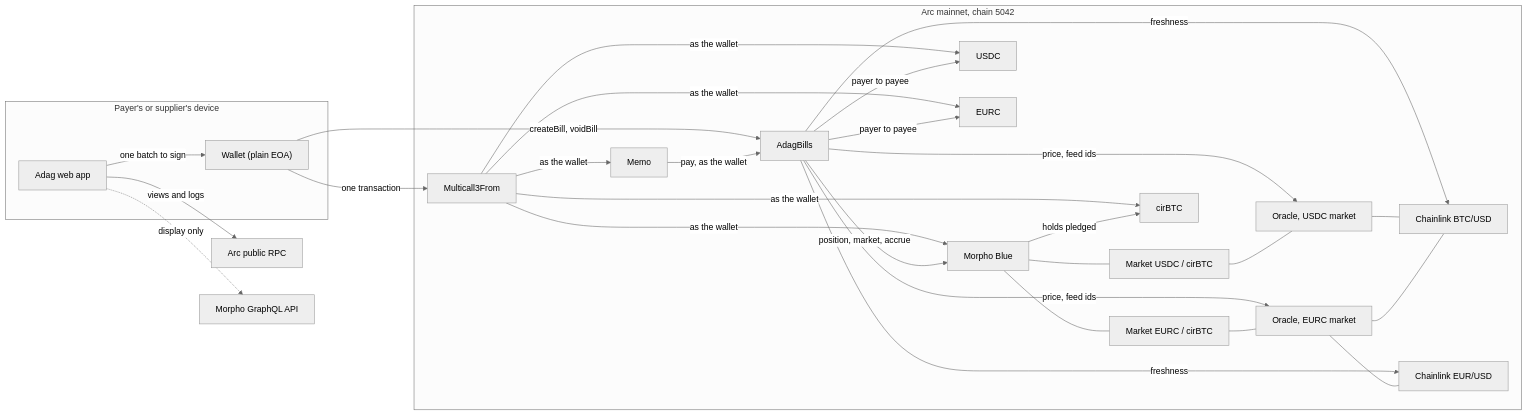
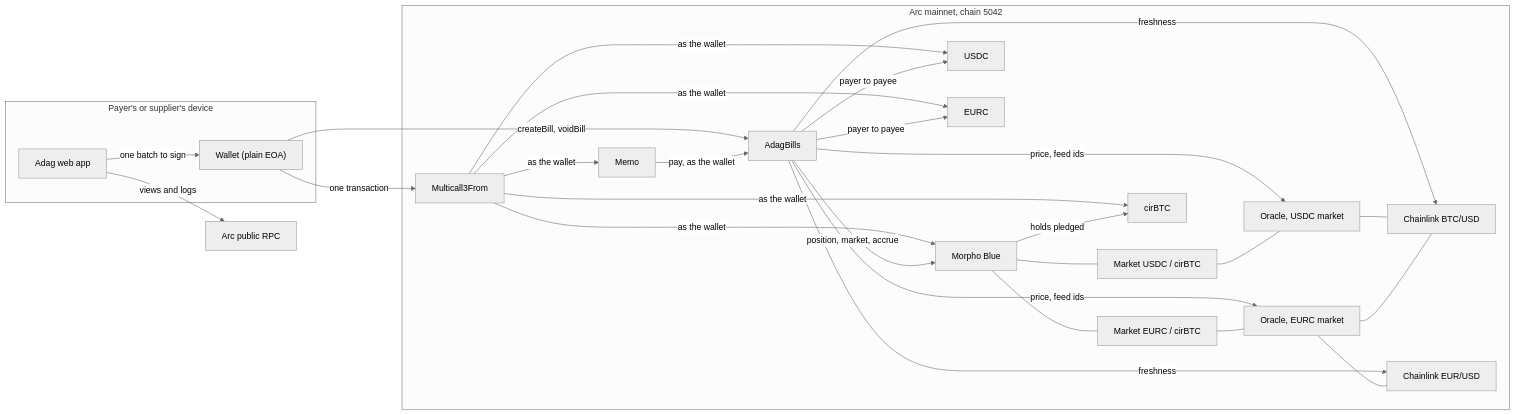
One commit to ramakrishnanhulk20/Adag changed the first of 3 diagrams in ARCHITECTURE.md. Above: the diagram before and after it, drawn with Mermaid (neutral theme). The commit also changed other lines of this file and 10 other files, not shown here.

First line of the commit message:
docs: README, licence and corrected diagrams

````diff
--- a/ARCHITECTURE.md
+++ b/ARCHITECTURE.md
@@ -13,50 +13,48 @@
 ```mermaid
 flowchart LR
   subgraph Client["Payer's or supplier's device"]
     App["Adag web app"]
     Wallet["Wallet (plain EOA)"]
   end
   RPC["Arc public RPC"]
-  API["Morpho GraphQL API"]
   subgraph Arc["Arc mainnet, chain 5042"]
     M3F["Multicall3From"]
     Memo["Memo"]
     Adag["AdagBills"]
     Morpho["Morpho Blue"]
     MU["Market USDC / cirBTC"]
     ME["Market EURC / cirBTC"]
     OU["Oracle, USDC market"]
     OE["Oracle, EURC market"]
     BTCF["Chainlink BTC/USD"]
     EURF["Chainlink EUR/USD"]
     USDC["USDC"]
     EURC["EURC"]
     CIR["cirBTC"]
   end
   App -- "views and logs" --> RPC
-  App -. "display only" .-> API
   App -- "one batch to sign" --> Wallet
   Wallet -- "one transaction" --> M3F
   Wallet -- "createBill, voidBill" --> Adag
   M3F -- "as the wallet" --> CIR
   M3F -- "as the wallet" --> USDC
   M3F -- "as the wallet" --> EURC
   M3F -- "as the wallet" --> Morpho
   M3F -- "as the wallet" --> Memo
   Memo -- "pay, as the wallet" --> Adag
   Adag -- "position, market, accrue" --> Morpho
   Adag -- "price, feed ids" --> OU
   Adag -- "price, feed ids" --> OE
   Adag -- "freshness" --> BTCF
   Adag -- "freshness" --> EURF
   Adag -- "payer to payee" --> USDC
   Adag -- "payer to payee" --> EURC
   Morpho --- MU
   Morpho --- ME
   MU --- OU
   ME --- OE
   OU --- BTCF
   OE --- BTCF
   OE --- EURF
   Morpho -- "holds pledged" --> CIR
 ```
````
